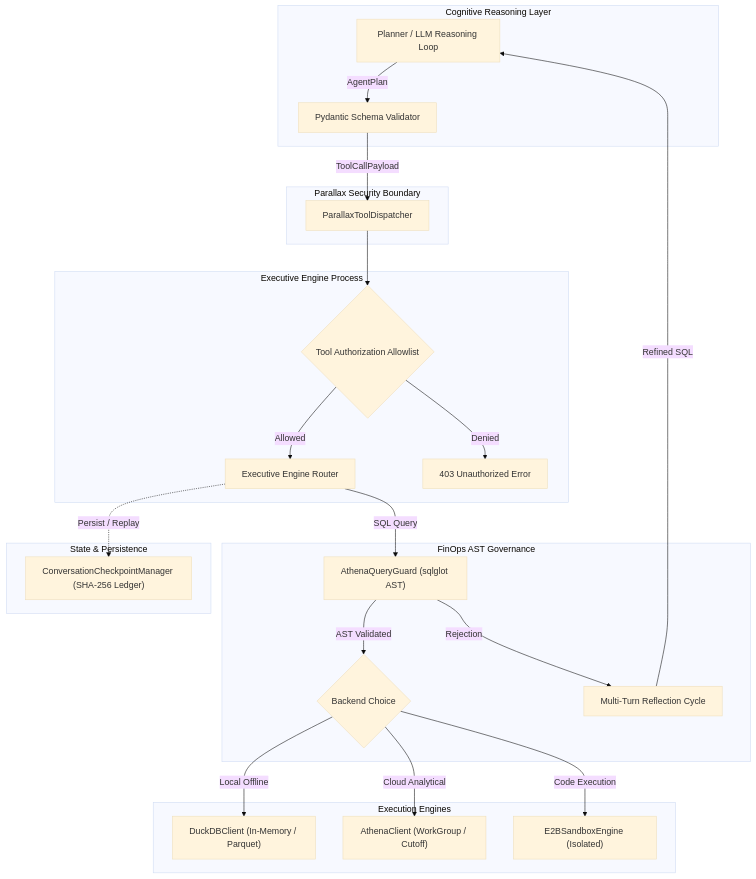
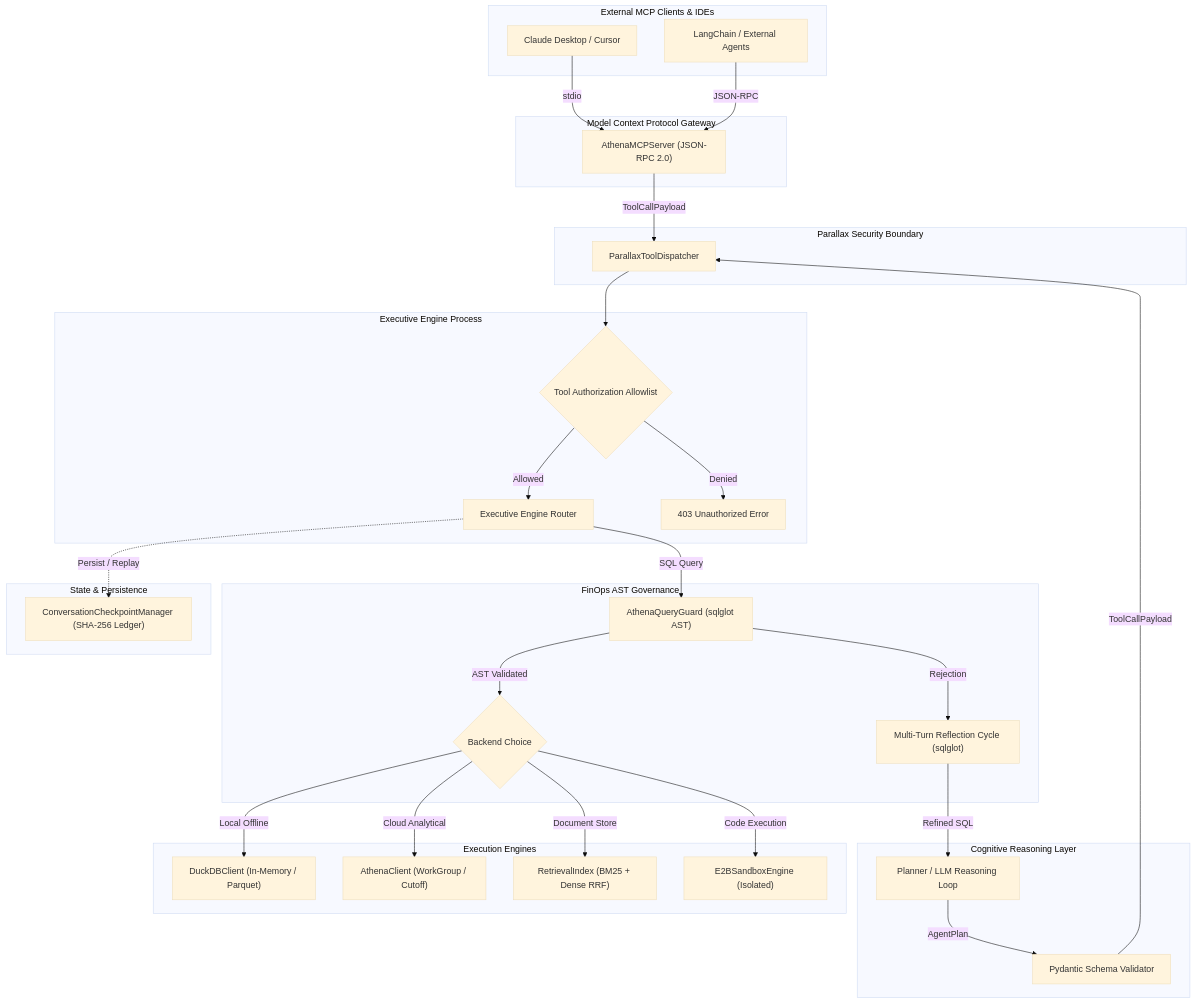
Before and after one commit to vfcarida/Athena-reasoning-sandbox: the diagram in docs/architecture/overview.md, drawn with Mermaid (base theme). The commit also changed other lines of this file and 1 other file, not shown here.

Commit message:
docs: modernize README and architecture overview with MCP, AST rewriting, and 178 tests badge (AUDIT-005)

````diff
--- a/docs/architecture/overview.md
+++ b/docs/architecture/overview.md
@@ -5,39 +5,52 @@
 ```mermaid
 graph TB
+    subgraph Clients["External MCP Clients & IDEs"]
+        Claude["Claude Desktop / Cursor"]
+        CustomAgent["LangChain / External Agents"]
+    end
+
+    subgraph MCP["Model Context Protocol Gateway"]
+        MCPServer["AthenaMCPServer (JSON-RPC 2.0)"]
+        Claude -->|stdio| MCPServer
+        CustomAgent -->|JSON-RPC| MCPServer
+    end
+
     subgraph CognitiveLayer["Cognitive Reasoning Layer"]
         LLM["Planner / LLM Reasoning Loop"]
         Schema["Pydantic Schema Validator"]
         LLM -->|AgentPlan| Schema
     end
 
     subgraph Boundary["Parallax Security Boundary"]
         Dispatcher["ParallaxToolDispatcher"]
         Schema -->|ToolCallPayload| Dispatcher
+        MCPServer -->|ToolCallPayload| Dispatcher
     end
 
     subgraph ExecutiveLayer["Executive Engine Process"]
         Auth{"Tool Authorization Allowlist"}
         Dispatcher --> Auth
         Auth -->|Allowed| Router["Executive Engine Router"]
         Auth -->|Denied| Denied["403 Unauthorized Error"]
     end
 
     subgraph Governance["FinOps AST Governance"]
         Guard["AthenaQueryGuard (sqlglot AST)"]
         Router -->|SQL Query| Guard
         Guard -->|AST Validated| EngineChoice{"Backend Choice"}
-        Guard -->|Rejection| Reflection["Multi-Turn Reflection Cycle"]
+        Guard -->|Rejection| Reflection["Multi-Turn Reflection Cycle (sqlglot)"]
         Reflection -->|Refined SQL| LLM
     end
 
     subgraph ExecutionBackends["Execution Engines"]
         EngineChoice -->|Local Offline| DuckDB["DuckDBClient (In-Memory / Parquet)"]
         EngineChoice -->|Cloud Analytical| Athena["AthenaClient (WorkGroup / Cutoff)"]
+        EngineChoice -->|Document Store| RAG["RetrievalIndex (BM25 + Dense RRF)"]
         EngineChoice -->|Code Execution| Sandbox["E2BSandboxEngine (Isolated)"]
     end
 
     subgraph State["State & Persistence"]
         Ledger["ConversationCheckpointManager (SHA-256 Ledger)"]
         Router -.->|Persist / Replay| Ledger
     end
 ```
````
